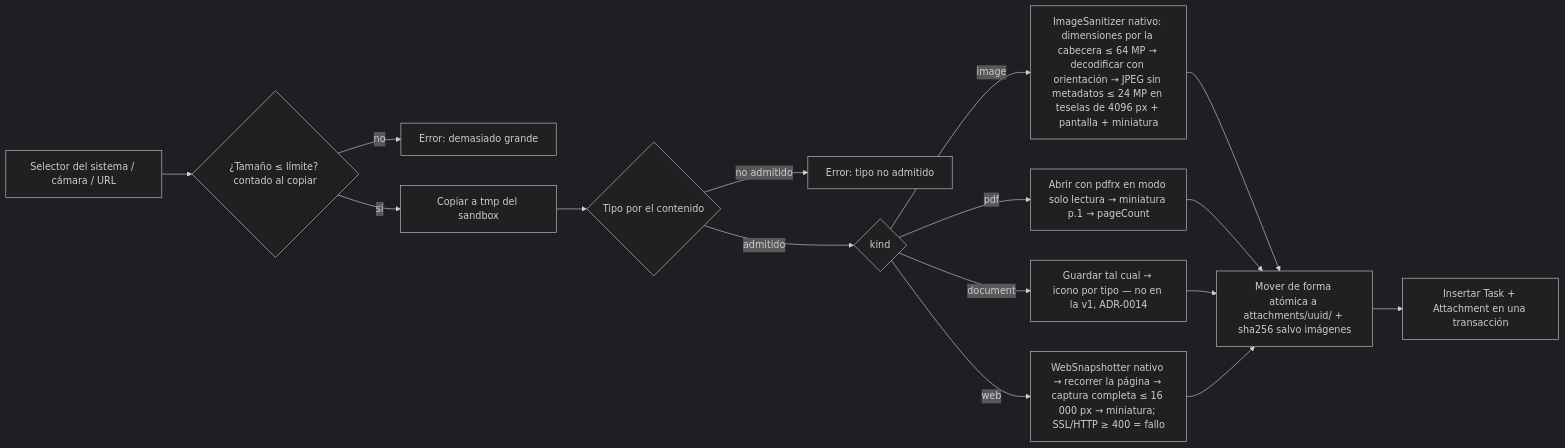
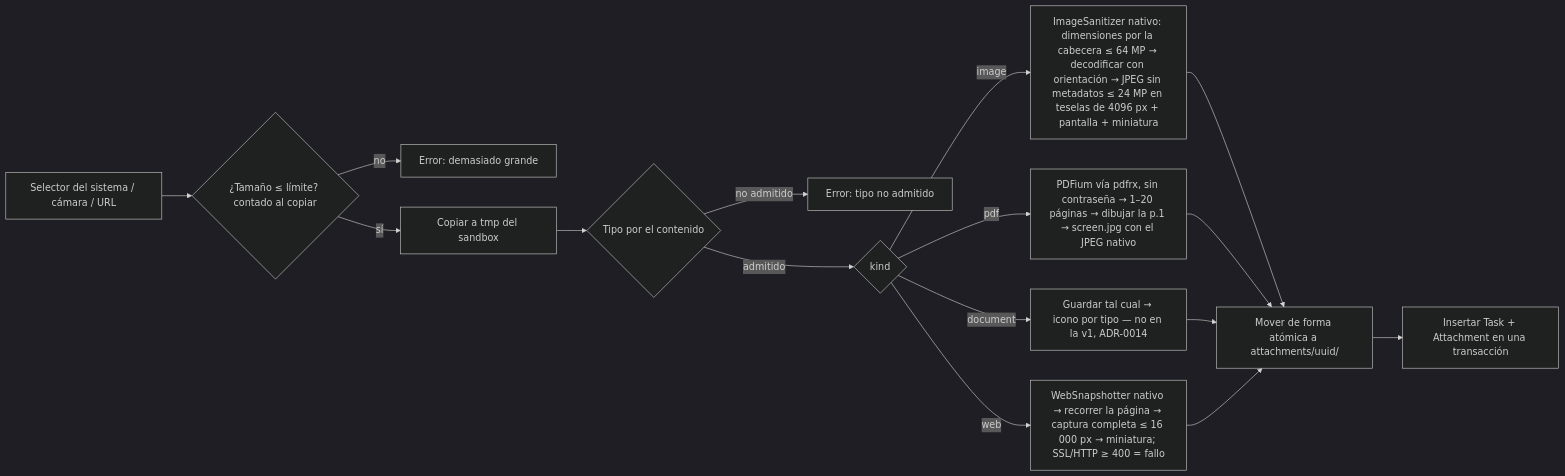
One commit to svallev/una changed the fourth of 4 diagrams in docs/architecture.md. Above: the diagram before and after it, drawn with Mermaid (dark theme). The commit also changed other lines of this file and 8 other files, not shown here.

First line of the commit message:
docs(008): architecture, glossary and deviations for PDF; review fixes (T-008-25)

````diff
--- a/docs/architecture.md
+++ b/docs/architecture.md
@@ -158,15 +159,15 @@
 ```mermaid
 flowchart LR
   A[Selector del sistema / cámara / URL] --> C{¿Tamaño ≤ límite? contado al copiar}
   C -- no --> Y[Error: demasiado grande]
   C -- sí --> D[Copiar a tmp del sandbox]
   D --> B{Tipo por el contenido}
   B -- no admitido --> X[Error: tipo no admitido]
   B -- admitido --> E{kind}
   E -- image --> F[ImageSanitizer nativo: dimensiones por la cabecera ≤ 64 MP → decodificar con orientación → JPEG sin metadatos ≤ 24 MP en teselas de 4096 px + pantalla + miniatura]
-  E -- pdf --> G[Abrir con pdfrx en modo solo lectura → miniatura p.1 → pageCount]
+  E -- pdf --> G[PDFium vía pdfrx, sin contraseña → 1–20 páginas → dibujar la p.1 → screen.jpg con el JPEG nativo]
   E -- document --> H[Guardar tal cual → icono por tipo — no en la v1, ADR-0014]
   E -- web --> I[WebSnapshotter nativo → recorrer la página → captura completa ≤ 16 000 px → miniatura; SSL/HTTP ≥ 400 = fallo]
-  F & G & H & I --> J[Mover de forma atómica a attachments/uuid/ + sha256 salvo imágenes]
+  F & G & H & I --> J[Mover de forma atómica a attachments/uuid/]
   J --> K[Insertar Task + Attachment en una transacción]
 ```
````
